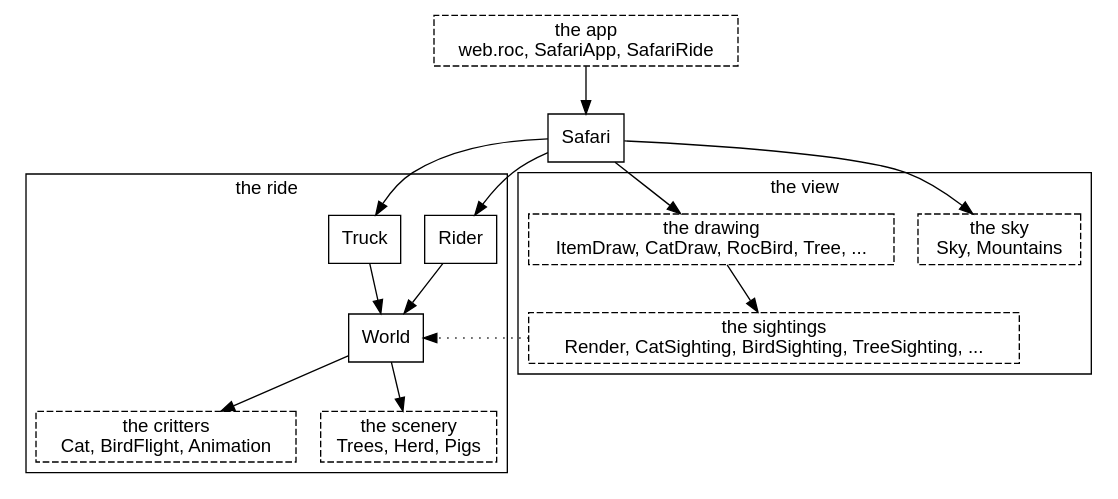
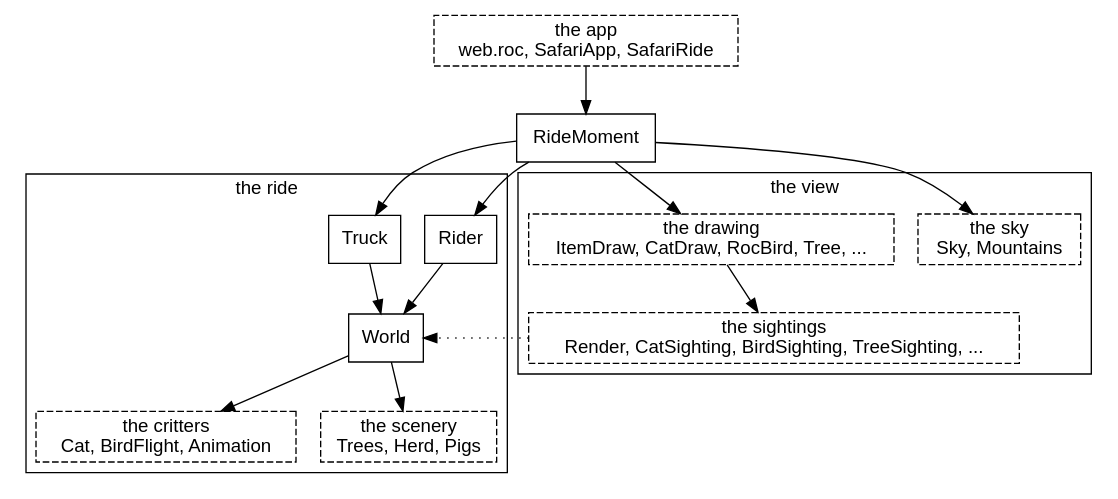
Before and after one commit to showell/roc-apps: the second of 7 diagrams in canvas_apps/safari/tutorial/tutorial.md, drawn with Graphviz. The commit also changed other lines of this file and 8 other files, not shown here.

First line of the commit message:
safari: Safari.roc becomes RideMoment.roc

````diff
--- a/canvas_apps/safari/tutorial/tutorial.md
+++ b/canvas_apps/safari/tutorial/tutorial.md
@@ -39,30 +39,30 @@
 ```dot
 digraph system {
   node [shape=box, fontname="Helvetica"];
   fontname="Helvetica";
   app [label="the app\nweb.roc, SafariApp, SafariRide", style=dashed];
   subgraph cluster_ride {
     label="the ride";
     Rider; Truck; World;
     critters [label="the critters\nCat, BirdFlight, Animation", style=dashed];
     scenery [label="the scenery\nTrees, Herd, Pigs", style=dashed];
   }
   subgraph cluster_view {
     label="the view";
     sky [label="the sky\nSky, Mountains", style=dashed];
     drawing [label="the drawing\nItemDraw, CatDraw, RocBird, Tree, ...", style=dashed];
     sightings [label="the sightings\nRender, CatSighting, BirdSighting, TreeSighting, ...", style=dashed];
   }
-  app -> Safari;
-  Safari -> Rider;
-  Safari -> Truck;
+  app -> RideMoment;
+  RideMoment -> Rider;
+  RideMoment -> Truck;
   Rider -> World;
   Truck -> World;
   World -> critters;
   World -> scenery;
-  Safari -> sky;
-  Safari -> drawing;
+  RideMoment -> sky;
+  RideMoment -> drawing;
   drawing -> sightings;
   sightings -> World [style=dotted, constraint=false];
 }
 ```
````
